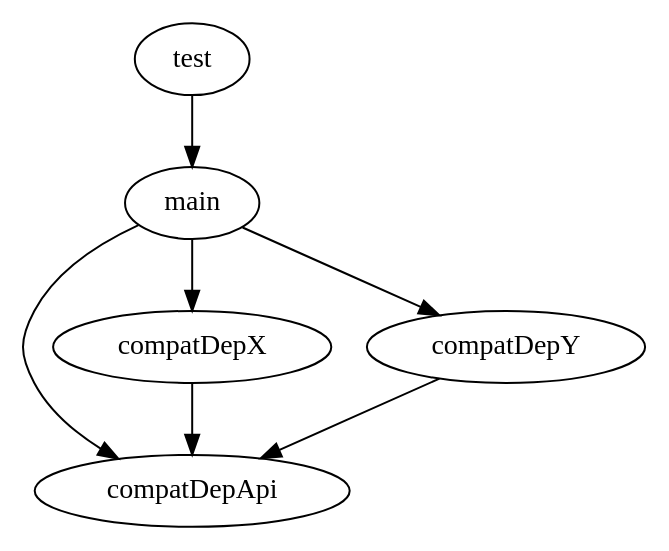
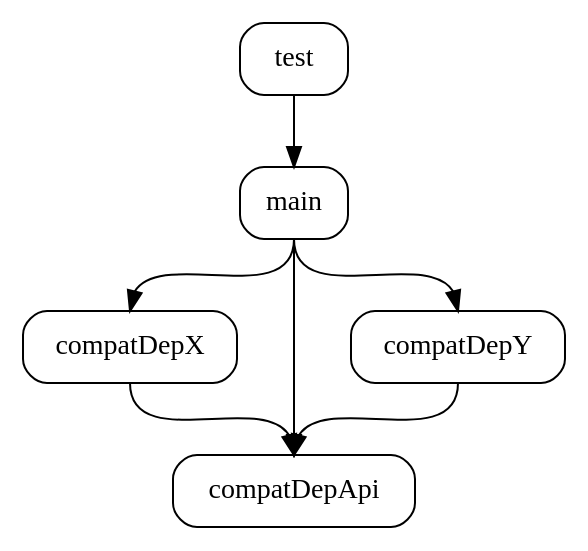
Before and after one commit to davidburstrom/version-compatibility-gradle-plugin: the diagram in docs/images/sourcesets.dot, drawn with Graphviz. The commit also changed 4 other files, not shown here.

Commit message:
Use graphs generated from GraphViz again

```diff
--- a/docs/images/sourcesets.dot
+++ b/docs/images/sourcesets.dot
@@ -1,8 +1,11 @@
 digraph sourcesets {
+    node [shape=box style=rounded]
+    edge [tailport=s headport=n]
+
     test -> main
+    main -> compatDepX
     main -> compatDepApi
-    main -> compatDepX
     main -> compatDepY
     compatDepX -> compatDepApi
     compatDepY -> compatDepApi
 }
```
